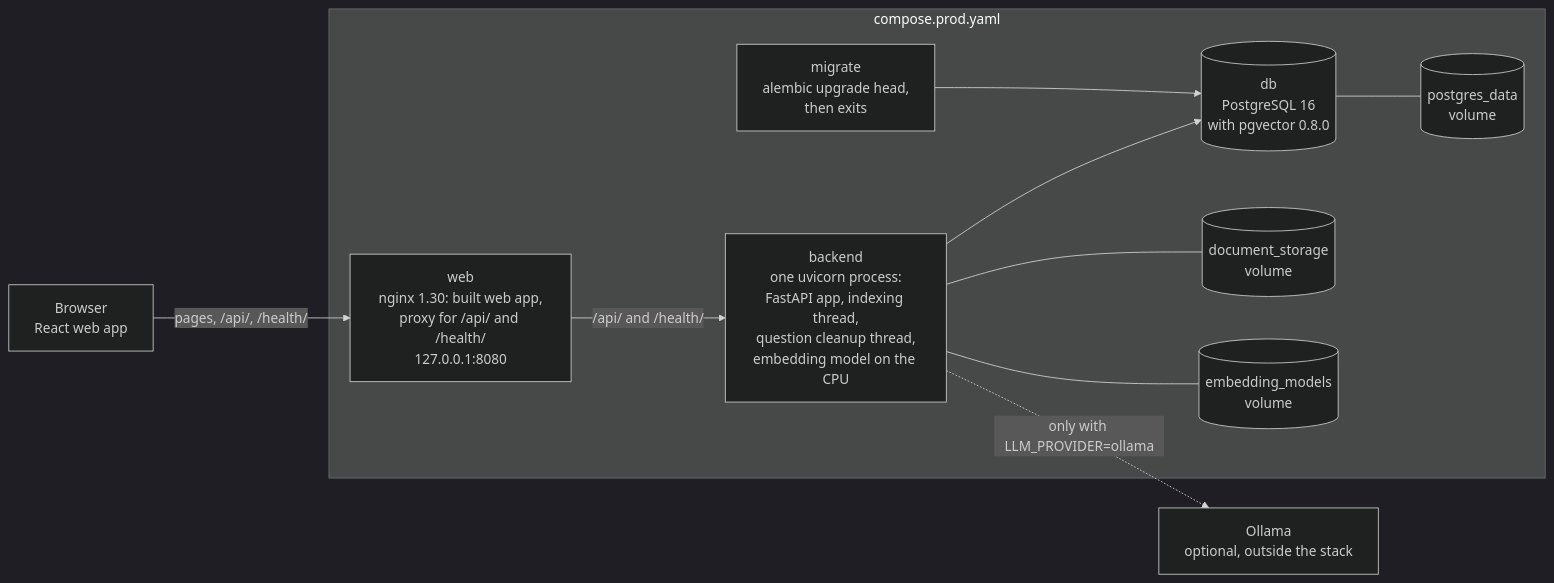
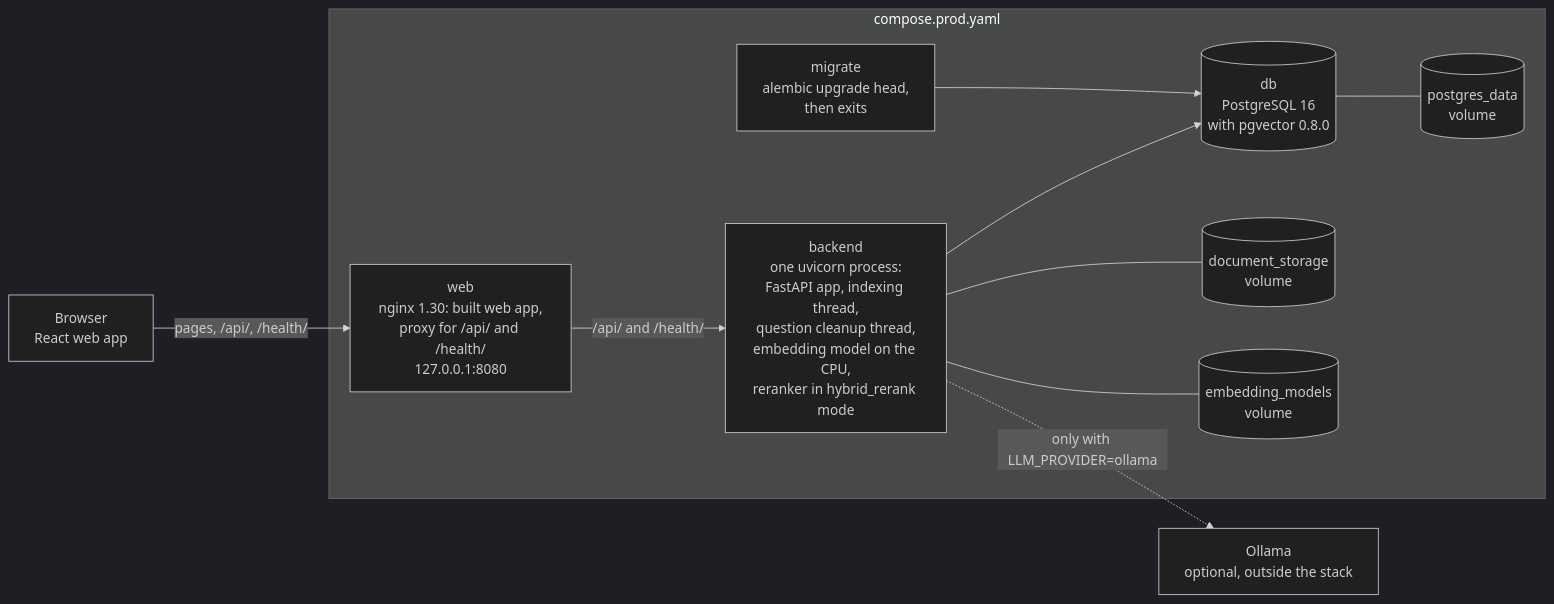
The first of 5 diagrams in docs/architecture/README.md (tatpudiarvind/evidence-backed-knowledge-assistant), drawn with Mermaid (dark theme) before and after one commit. The commit also changed other lines of this file and 19 other files, not shown here.

````diff
--- a/docs/architecture/README.md
+++ b/docs/architecture/README.md
@@ -18,22 +18,22 @@
 ```mermaid
 flowchart LR
     Browser["Browser<br/>React web app"]
     subgraph Stack["compose.prod.yaml"]
         Web["web<br/>nginx 1.30: built web app,<br/>proxy for /api/ and /health/<br/>127.0.0.1:8080"]
-        API["backend<br/>one uvicorn process:<br/>FastAPI app, indexing thread,<br/>question cleanup thread,<br/>embedding model on the CPU"]
+        API["backend<br/>one uvicorn process:<br/>FastAPI app, indexing thread,<br/>question cleanup thread,<br/>embedding model on the CPU,<br/>reranker in hybrid_rerank mode"]
         Migrate["migrate<br/>alembic upgrade head,<br/>then exits"]
         DB[("db<br/>PostgreSQL 16<br/>with pgvector 0.8.0")]
         Files[("document_storage<br/>volume")]
         Models[("embedding_models<br/>volume")]
         PGData[("postgres_data<br/>volume")]
     end
     Ollama["Ollama<br/>optional, outside the stack"]
     Browser -->|"pages, /api/, /health/"| Web
     Web -->|"/api/ and /health/"| API
     API --> DB
     Migrate --> DB
     DB --- PGData
     API --- Files
     API --- Models
     API -.->|"only with LLM_PROVIDER=ollama"| Ollama
 ```
````
